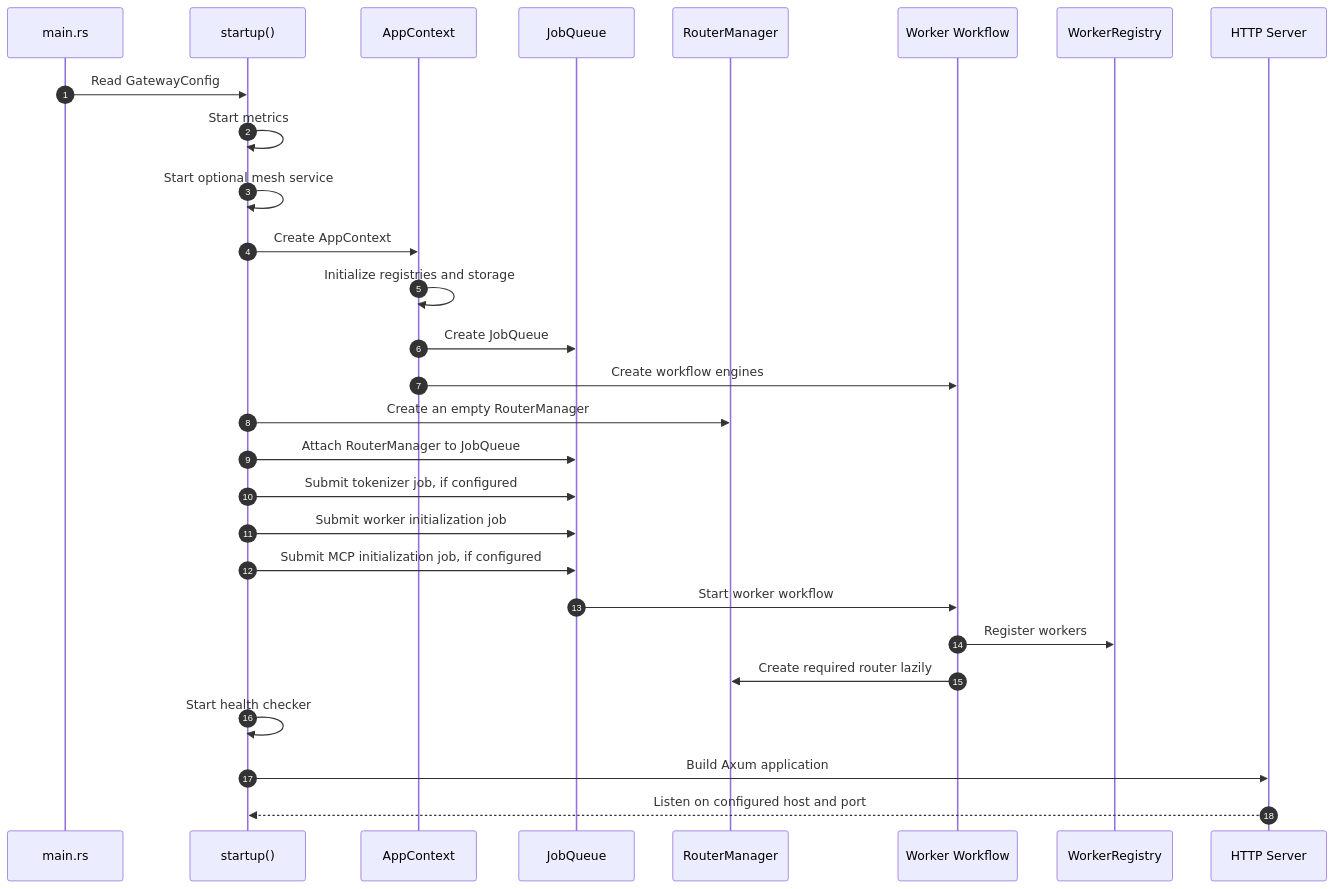
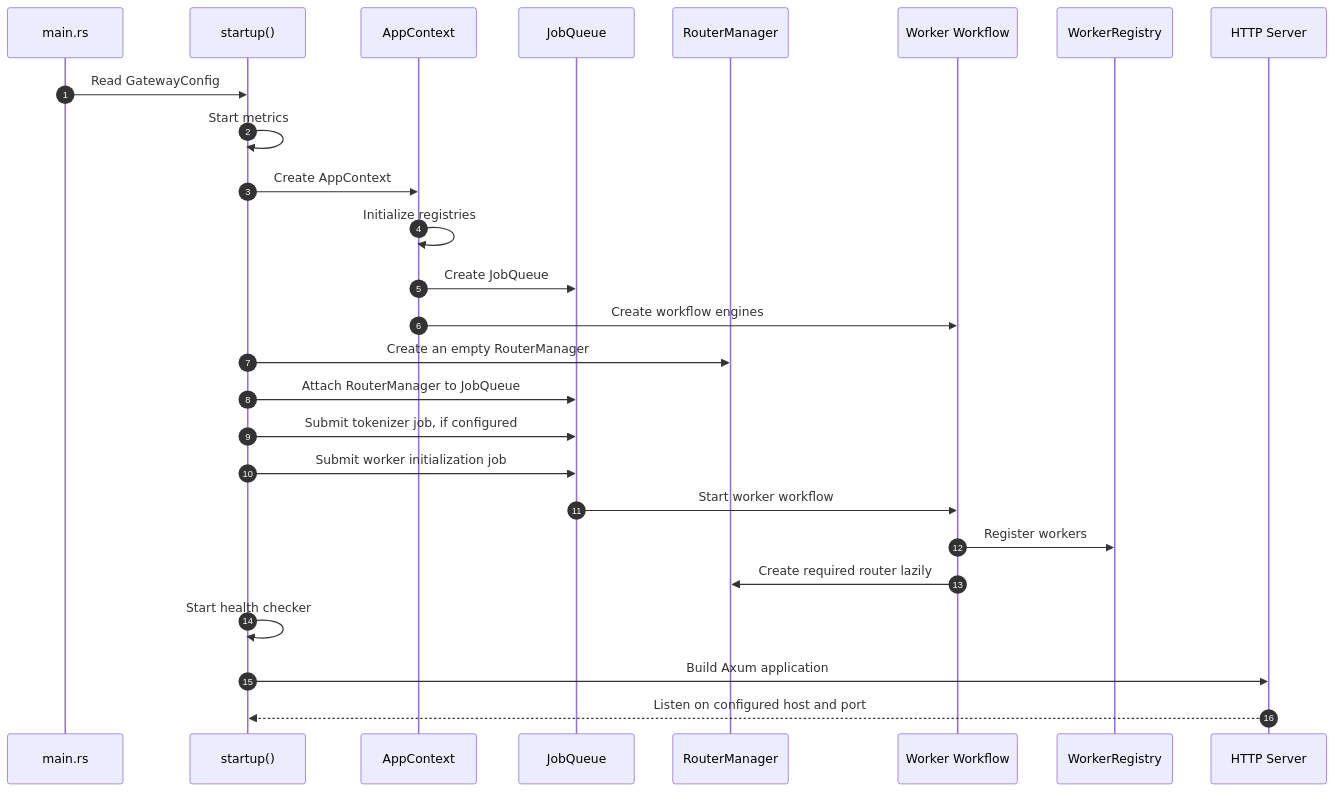
Before and after one commit to calvin0327/sgl-model-gateway: the second of 7 diagrams in docs/server-architecture.md, drawn with Mermaid. The commit also changed 263 other files, not shown here.

Commit message:
cleanup mesh mcp and storage feature

````diff
--- a/docs/server-architecture.md
+++ b/docs/server-architecture.md
@@ -107,37 +107,34 @@
 ```mermaid
 sequenceDiagram
     autonumber
 
     participant Main as main.rs
     participant Startup as startup()
     participant Context as AppContext
     participant Jobs as JobQueue
     participant RM as RouterManager
     participant Workflow as Worker Workflow
     participant Registry as WorkerRegistry
     participant Server as HTTP Server
 
     Main->>Startup: Read GatewayConfig
     Startup->>Startup: Start metrics
-    Startup->>Startup: Start optional mesh service
-
     Startup->>Context: Create AppContext
-    Context->>Context: Initialize registries and storage
+    Context->>Context: Initialize registries
     Context->>Jobs: Create JobQueue
     Context->>Workflow: Create workflow engines
 
     Startup->>RM: Create an empty RouterManager
     Startup->>Jobs: Attach RouterManager to JobQueue
 
     Startup->>Jobs: Submit tokenizer job, if configured
     Startup->>Jobs: Submit worker initialization job
-    Startup->>Jobs: Submit MCP initialization job, if configured
 
     Jobs->>Workflow: Start worker workflow
     Workflow->>Registry: Register workers
     Workflow->>RM: Create required router lazily
 
     Startup->>Startup: Start health checker
     Startup->>Server: Build Axum application
     Server-->>Startup: Listen on configured host and port
 ```
````
